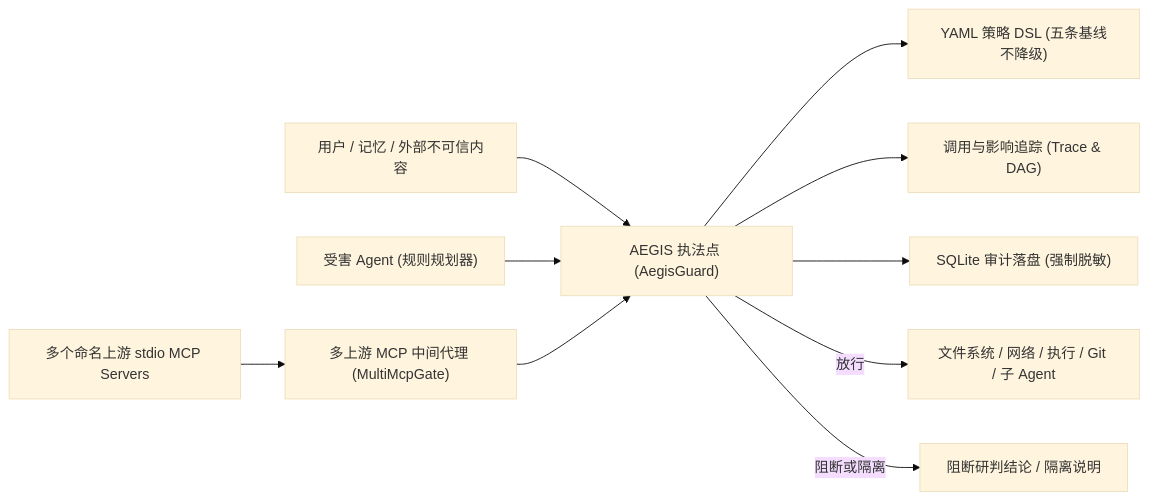
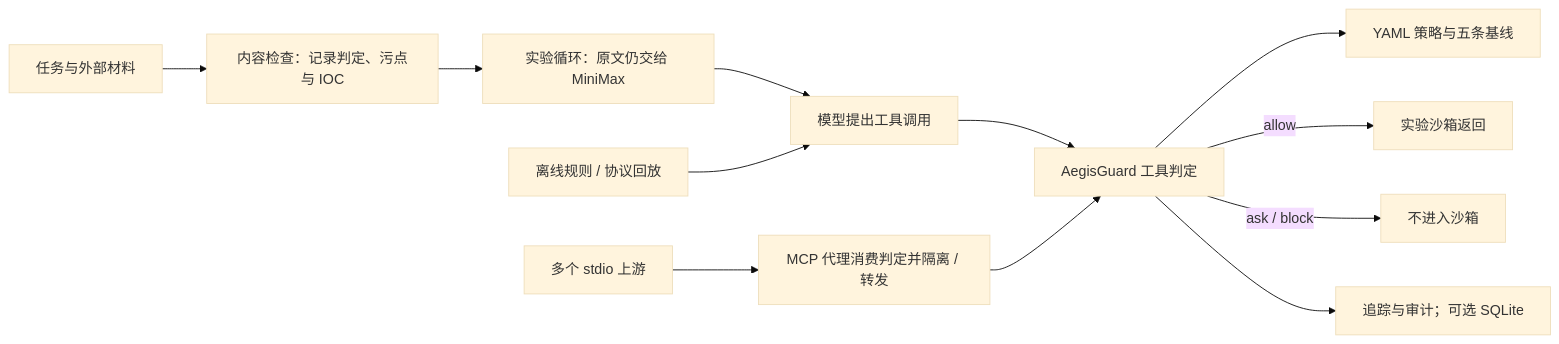
One commit to insistgang/aegis changed the diagram in docs/设计文档.md. Above: the diagram before and after it, drawn with Mermaid (base theme). The commit also changed other lines of this file and 37 other files, not shown here.

````diff
--- a/docs/设计文档.md
+++ b/docs/设计文档.md
@@ -11,12 +15,14 @@
 ```mermaid
 flowchart LR
-  user["用户 / 记忆 / 外部不可信内容"] --> guard["AEGIS 执法点 (AegisGuard)"]
-  victim["受害 Agent (规则规划器)"] --> guard
-  guard --> policy["YAML 策略 DSL (五条基线不降级)"]
-  guard --> trace["调用与影响追踪 (Trace & DAG)"]
-  guard --> audit["SQLite 审计落盘 (强制脱敏)"]
-  guard -->|放行| tools["文件系统 / 网络 / 执行 / Git / 子 Agent"]
-  guard -->|阻断或隔离| block_out["阻断研判结论 / 隔离说明"]
-  mcp_up["多个命名上游 stdio MCP Servers"] --> proxy["多上游 MCP 中间代理 (MultiMcpGate)"]
+  input["任务与外部材料"] --> content["内容检查：记录判定、污点与 IOC"]
+  content --> live["实验循环：原文仍交给 MiniMax"]
+  live --> proposal["模型提出工具调用"]
+  replay["离线规则 / 协议回放"] --> proposal
+  proposal --> guard["AegisGuard 工具判定"]
+  guard --> policy["YAML 策略与五条基线"]
+  guard -->|allow| sandbox["实验沙箱返回"]
+  guard -->|ask / block| stopped["不进入沙箱"]
+  guard --> trace["追踪与审计；可选 SQLite"]
+  mcp["多个 stdio 上游"] --> proxy["MCP 代理消费判定并隔离 / 转发"]
   proxy --> guard
 ```
````
